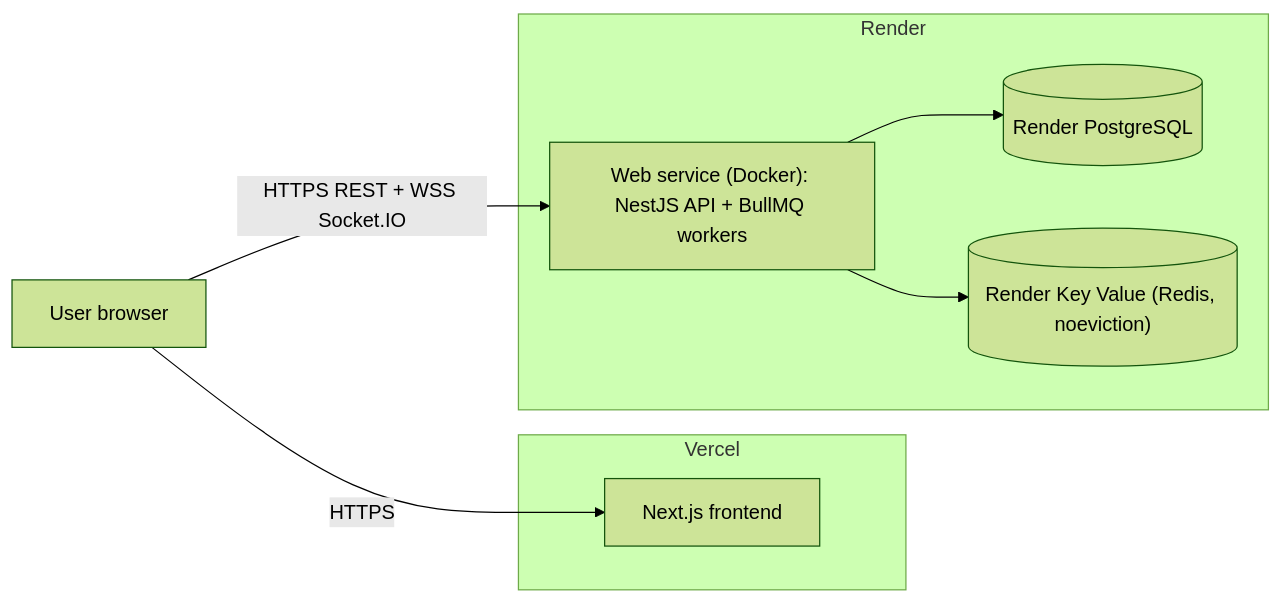
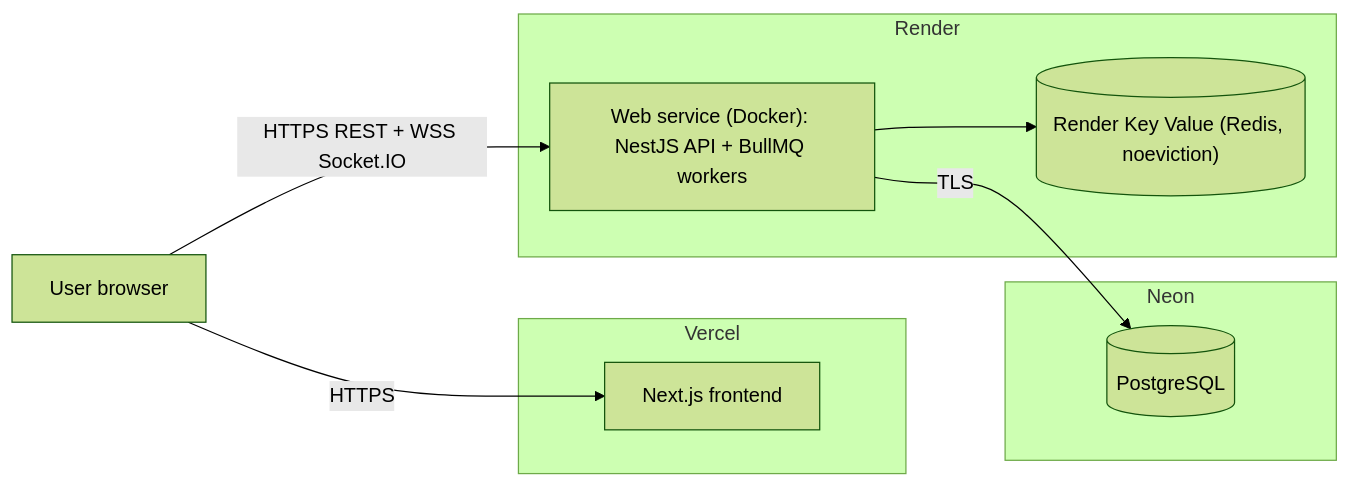
The eighth of 8 diagrams in docs/design.md (mehedi0-007/Service_Desk), drawn with Mermaid (forest theme) before and after one commit. The commit also changed other lines of this file and 1 other file, not shown here.

Commit message:
docs: run the database on Neon and fix the CORS_ORIGIN deployment step

````diff
--- a/docs/design.md
+++ b/docs/design.md
@@ -619,19 +619,22 @@
 ```mermaid
 flowchart LR
     User["User browser"]
 
     subgraph Vercel
         FE["Next.js frontend"]
     end
 
     subgraph Render
         API["Web service (Docker): NestJS API + BullMQ workers"]
-        PG[("Render PostgreSQL")]
         KV[("Render Key Value (Redis, noeviction)")]
+    end
+
+    subgraph Neon
+        PG[("PostgreSQL")]
     end
 
     User -- "HTTPS" --> FE
     User -- "HTTPS REST + WSS Socket.IO" --> API
-    API --> PG
+    API -- "TLS" --> PG
     API --> KV
 ```
````
